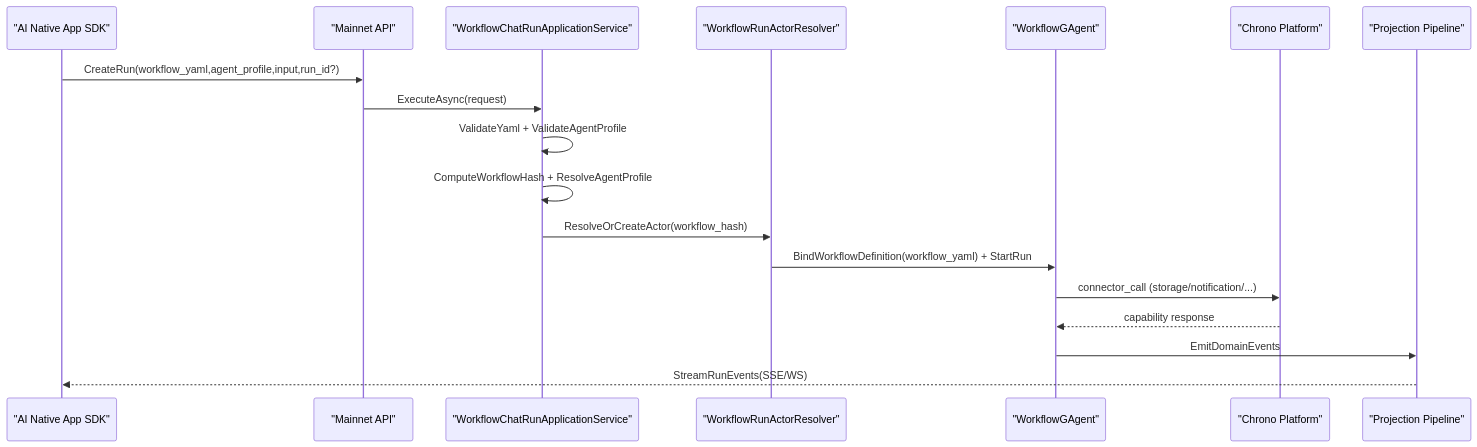
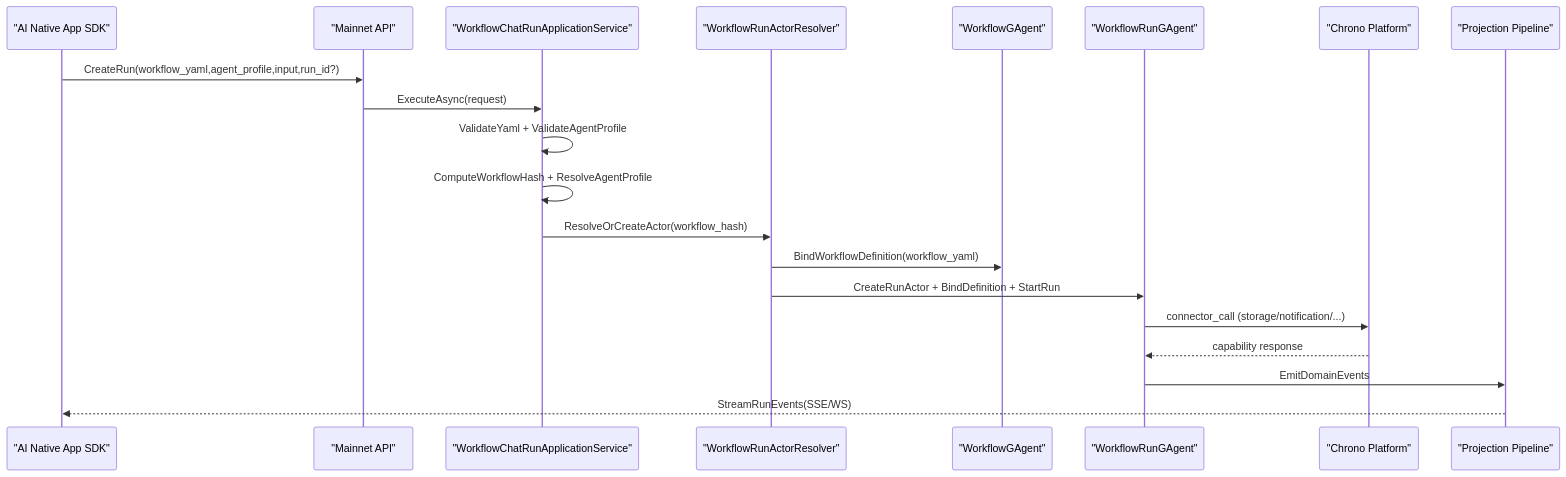
Diagram 18 of 19 in docs/architecture/AEVATAR_MAINNET_ARCHITECTURE.md (aevatarAI/aevatar), drawn with Mermaid before and after one commit. The commit also changed other lines of this file and 92 other files, not shown here.

First line of the commit message:
Refactor workflow architecture to separate definition and run actors

````diff
--- a/docs/architecture/AEVATAR_MAINNET_ARCHITECTURE.md
+++ b/docs/architecture/AEVATAR_MAINNET_ARCHITECTURE.md
@@ -1529,22 +1525,24 @@
 ```mermaid
 %%{init: {"maxTextSize": 100000, "sequence": {"useMaxWidth": false}, "themeVariables": {"fontSize": "10px"}}}%%
 sequenceDiagram
     participant AppSdk as "AI Native App SDK"
     participant MainnetApi as "Mainnet API"
     participant AppService as "WorkflowChatRunApplicationService"
     participant Resolver as "WorkflowRunActorResolver"
-    participant WfAgent as "WorkflowGAgent"
+    participant Def as "WorkflowGAgent"
+    participant Run as "WorkflowRunGAgent"
     participant Chrono as "Chrono Platform"
     participant Projection as "Projection Pipeline"
 
     AppSdk->>MainnetApi: CreateRun(workflow_yaml,agent_profile,input,run_id?)
     MainnetApi->>AppService: ExecuteAsync(request)
     AppService->>AppService: ValidateYaml + ValidateAgentProfile
     AppService->>AppService: ComputeWorkflowHash + ResolveAgentProfile
     AppService->>Resolver: ResolveOrCreateActor(workflow_hash)
-    Resolver->>WfAgent: BindWorkflowDefinition(workflow_yaml) + StartRun
-    WfAgent->>Chrono: connector_call (storage/notification/...)
-    Chrono-->>WfAgent: capability response
-    WfAgent->>Projection: EmitDomainEvents
+    Resolver->>Def: BindWorkflowDefinition(workflow_yaml)
+    Resolver->>Run: CreateRunActor + BindDefinition + StartRun
+    Run->>Chrono: connector_call (storage/notification/...)
+    Chrono-->>Run: capability response
+    Run->>Projection: EmitDomainEvents
     Projection-->>AppSdk: StreamRunEvents(SSE/WS)
 ```
````
